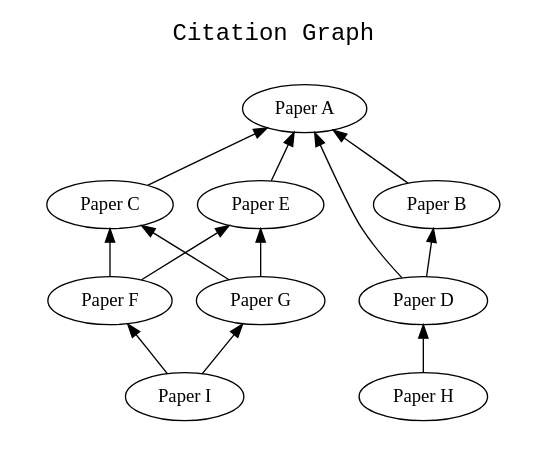
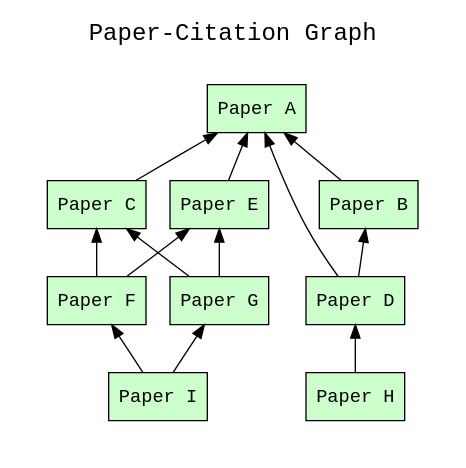
The diagram in examples/02-blazegraph-examples/03-property-paths/outputs/S8.gv (CIRSS/geist), drawn with Graphviz before and after one commit. The commit also changed 8 other files, not shown here.

Commit message:
Result-dependency and paper-result graphs

```diff
--- a/examples/02-blazegraph-examples/03-property-paths/outputs/S8.gv
+++ b/examples/02-blazegraph-examples/03-property-paths/outputs/S8.gv
@@ -1,37 +1,38 @@
 digraph wt_run {
 rankdir=BT
 
 fontname=Courier; fontsize=18; labelloc=t
-label="Citation Graph"
+label="Paper-Citation Graph"
 
 subgraph cluster_citations { label=""; color=white; penwidth=0
 subgraph cluster_citations_inner { label=""; color=white
 
 # paper nodes
+node[shape=box style="filled" fillcolor="#CCFFCC" peripheries=1 fontname=Courier]
 "http://learningsparql.com/ns/papers#paperA" [label="Paper A"]
 "http://learningsparql.com/ns/papers#paperB" [label="Paper B"]
 "http://learningsparql.com/ns/papers#paperC" [label="Paper C"]
 "http://learningsparql.com/ns/papers#paperD" [label="Paper D"]
 "http://learningsparql.com/ns/papers#paperE" [label="Paper E"]
 "http://learningsparql.com/ns/papers#paperF" [label="Paper F"]
 "http://learningsparql.com/ns/papers#paperG" [label="Paper G"]
 "http://learningsparql.com/ns/papers#paperH" [label="Paper H"]
 "http://learningsparql.com/ns/papers#paperI" [label="Paper I"]
 
 # citation edges
 "http://learningsparql.com/ns/papers#paperB" -> "http://learningsparql.com/ns/papers#paperA"
 "http://learningsparql.com/ns/papers#paperC" -> "http://learningsparql.com/ns/papers#paperA"
 "http://learningsparql.com/ns/papers#paperD" -> "http://learningsparql.com/ns/papers#paperA"
 "http://learningsparql.com/ns/papers#paperD" -> "http://learningsparql.com/ns/papers#paperB"
 "http://learningsparql.com/ns/papers#paperE" -> "http://learningsparql.com/ns/papers#paperA"
 "http://learningsparql.com/ns/papers#paperF" -> "http://learningsparql.com/ns/papers#paperC"
 "http://learningsparql.com/ns/papers#paperF" -> "http://learningsparql.com/ns/papers#paperE"
 "http://learningsparql.com/ns/papers#paperG" -> "http://learningsparql.com/ns/papers#paperC"
 "http://learningsparql.com/ns/papers#paperG" -> "http://learningsparql.com/ns/papers#paperE"
 "http://learningsparql.com/ns/papers#paperH" -> "http://learningsparql.com/ns/papers#paperD"
 "http://learningsparql.com/ns/papers#paperI" -> "http://learningsparql.com/ns/papers#paperF"
 "http://learningsparql.com/ns/papers#paperI" -> "http://learningsparql.com/ns/papers#paperG"
 
 }}
 
 }
```
